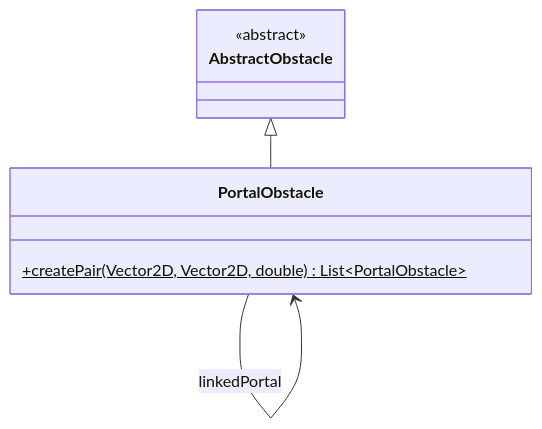
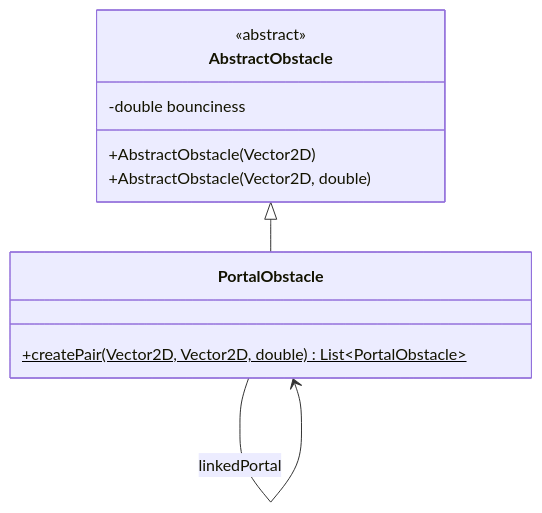
Before and after one commit to jjacomo/OOP25-mini-gOOlf: diagram 11 of 12 in notes/report/report.md, drawn with Mermaid. The commit also changed other lines of this file and 1 other file, not shown here.

Commit message:
Continued the report

````diff
--- a/notes/report/report.md
+++ b/notes/report/report.md
@@ -580,12 +580,15 @@
 ```mermaid
     classDiagram
-    class AbstractObstacle {
-        <<abstract>>
-    }
-    class PortalObstacle {
-        +createPair(Vector2D, Vector2D, double)$ List~PortalObstacle~
-    }
+        class AbstractObstacle {
+            <<abstract>>
+            -double bounciness
+            +AbstractObstacle(Vector2D)
+            +AbstractObstacle(Vector2D, double)
+        }
+        class PortalObstacle {
+            +createPair(Vector2D, Vector2D, double)$ List~PortalObstacle~
+        }
 
-    AbstractObstacle <|-- PortalObstacle
-    PortalObstacle --> PortalObstacle : linkedPortal
+        AbstractObstacle <|-- PortalObstacle
+        PortalObstacle --> PortalObstacle : linkedPortal
 ```
````
